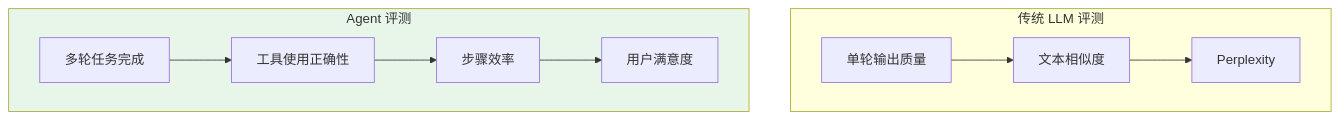
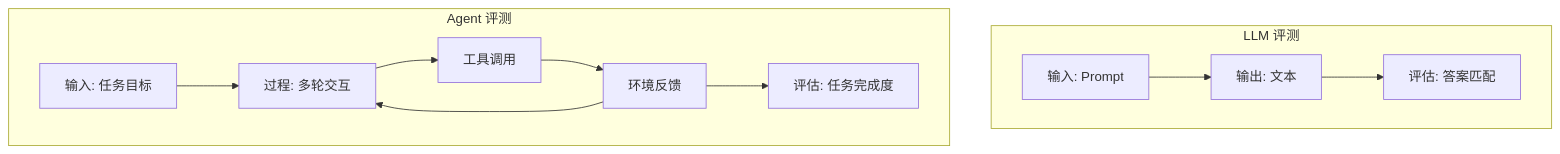
The second of 5 diagrams in evaluation/agent-evaluation.md (KasonLee-marker/ai-agent-interview-questions), drawn with Mermaid before and after one commit. The commit also changed other lines of this file and 17 other files, not shown here.

````diff
--- a/evaluation/agent-evaluation.md
+++ b/evaluation/agent-evaluation.md
@@ -16,15 +80,19 @@
 ```mermaid
 flowchart TB
-    subgraph Traditional["传统 LLM 评测"]
-        T1["单轮输出质量"] --> T2["文本相似度"]
-        T2 --> T3["Perplexity"]
+    subgraph LLM["LLM 评测"]
+        L1["输入: Prompt"]
+        L2["输出: 文本"]
+        L3["评估: 答案匹配"]
+        L1 --> L2 --> L3
     end
     
     subgraph Agent["Agent 评测"]
-        A1["多轮任务完成"] --> A2["工具使用正确性"]
-        A2 --> A3["步骤效率"]
-        A3 --> A4["用户满意度"]
+        A1["输入: 任务目标"]
+        A2["过程: 多轮交互"]
+        A3["工具调用"]
+        A4["环境反馈"]
+        A5["评估: 任务完成度"]
+        A1 --> A2 --> A3 --> A4 --> A2
+        A4 --> A5
     end
-    
-    style Agent fill:#e8f5e9
 ```
````
